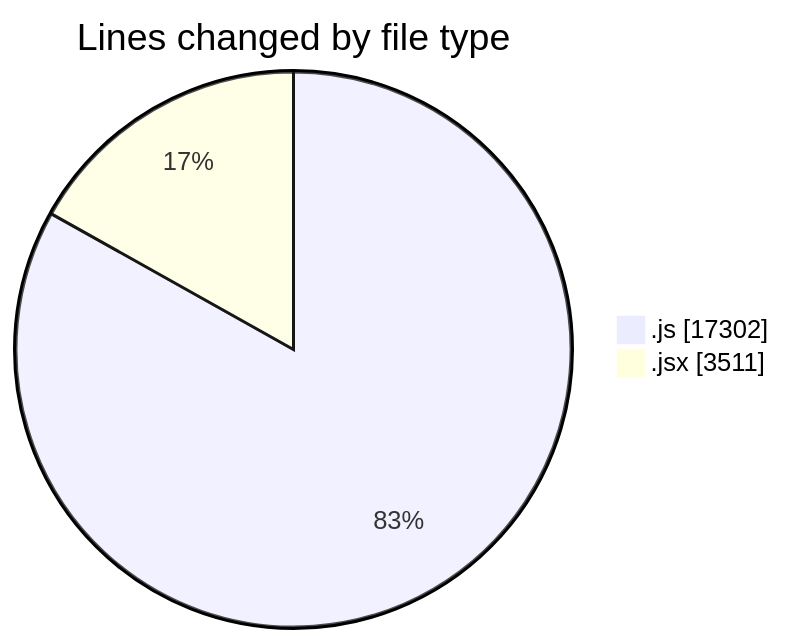
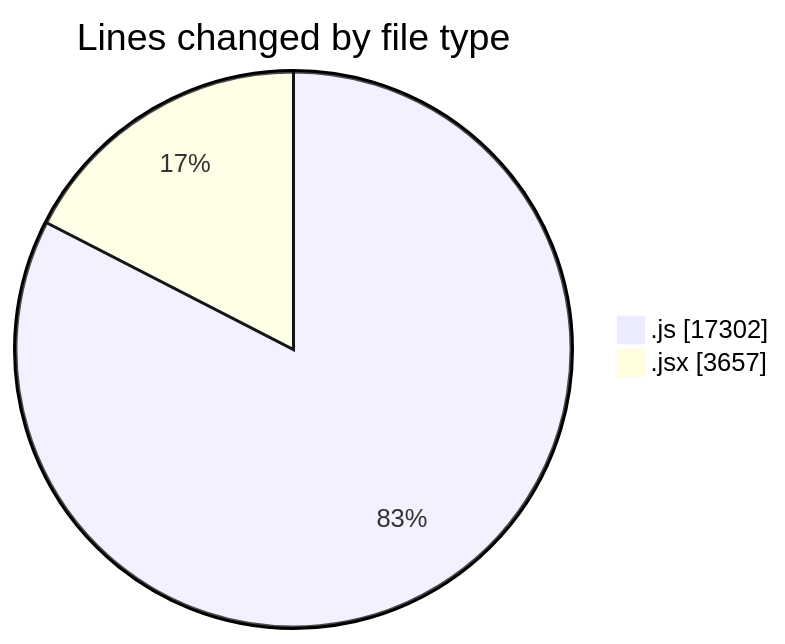
The first of 2 diagrams in 2025-09-26/nxtqube_webapp/README.md (nxtqubesakshisongat/code-tracking), drawn with Mermaid before and after one commit. The commit also changed other lines of this file and 1 other file, not shown here.

````diff
--- a/2025-09-26/nxtqube_webapp/README.md
+++ b/2025-09-26/nxtqube_webapp/README.md
@@ -27,6 +27,6 @@
 ```mermaid
 pie showData
 title Lines changed by file type
 ".js" : 17302
-".jsx" : 3511
+".jsx" : 3657
 ```
````
